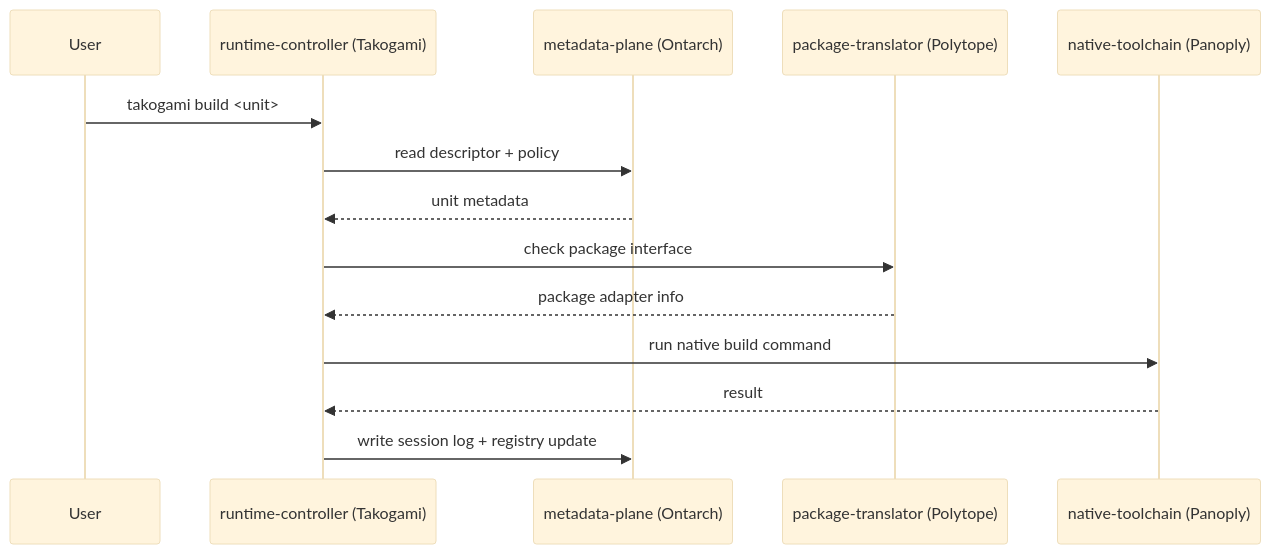
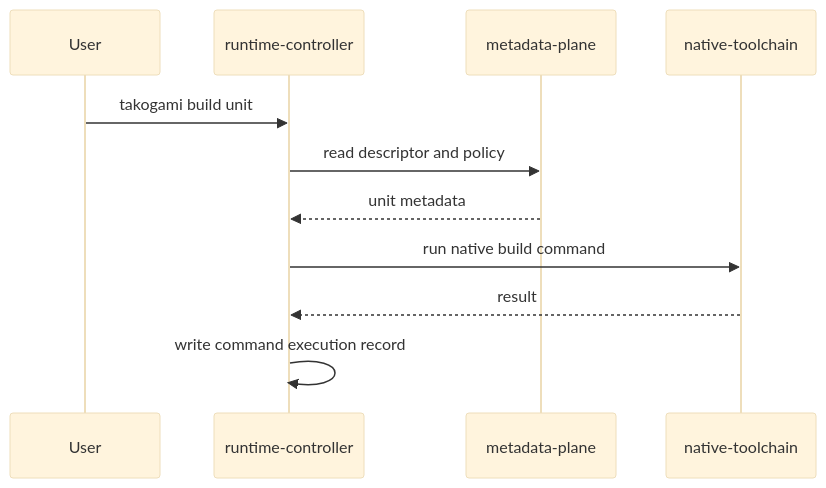
One commit to luckgrid/wfos changed the diagram in docs/runtime-controller.md. Above: the diagram before and after it, drawn with Mermaid (base theme). The commit also changed other lines of this file and 5 other files, not shown here.

````diff
--- a/docs/runtime-controller.md
+++ b/docs/runtime-controller.md
@@ -104,16 +84,13 @@
 ```mermaid
 sequenceDiagram
   participant U as User
-  participant K as runtime-controller (Takogami)
-  participant C as metadata-plane (Ontarch)
-  participant H as package-translator (Polytope)
-  participant D as native-toolchain (Panoply)
-  U->>K: takogami build <unit>
-  K->>C: read descriptor + policy
+  participant K as runtime-controller
+  participant C as metadata-plane
+  participant D as native-toolchain
+  U->>K: takogami build unit
+  K->>C: read descriptor and policy
   C-->>K: unit metadata
-  K->>H: check package interface
-  H-->>K: package adapter info
   K->>D: run native build command
   D-->>K: result
-  K->>C: write session log + registry update
+  K->>K: write command execution record
 ```
````
